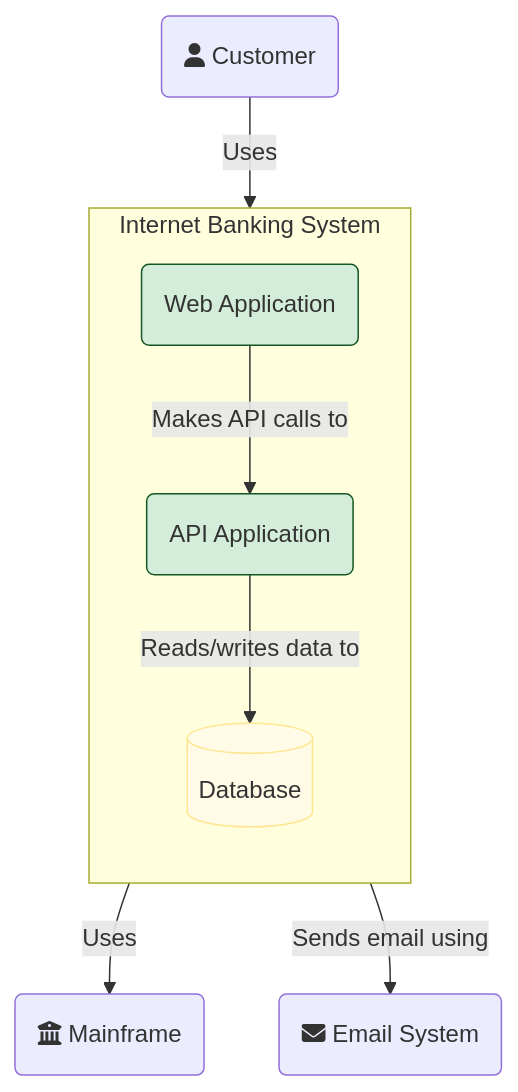
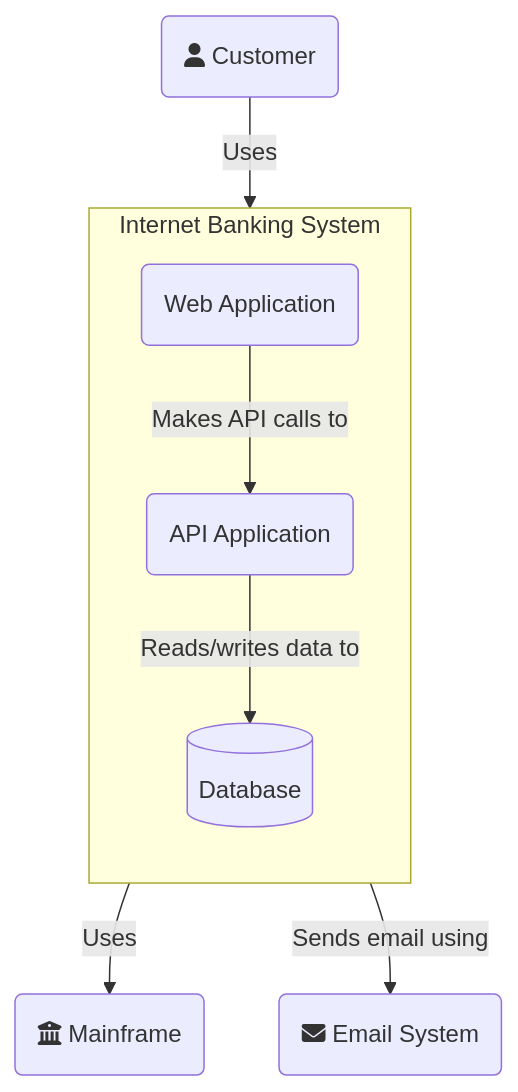
The third of 8 diagrams in docs/software-modeling/c4-model.md (sujith-eag/sujith-library), drawn with Mermaid before and after one commit. The commit also changed other lines of this file and 41 other files, not shown here.

First line of the commit message:
Refactor diagrams and remove redundant styles in documentation

````diff
--- a/docs/software-modeling/c4-model.md
+++ b/docs/software-modeling/c4-model.md
@@ -95,21 +82,17 @@
 ```mermaid
 graph TD
     subgraph "Internet Banking System"
         direction TB
         
         webapp(Web Application)
         api(API Application)
         db[(Database)]
 
         webapp -- "Makes API calls to" --> api
         api -- "Reads/writes data to" --> db
     end
 
     user(fa:fa-user Customer) -- "Uses" --> webapp
     api -- "Uses" --> mainframe(fa:fa-university Mainframe)
     api -- "Sends email using" --> email_system(fa:fa-envelope Email System)
-
-    style webapp fill:#d4edda,stroke:#155724
-    style api fill:#d4edda,stroke:#155724
-    style db fill:#fffbe6,stroke:#ffe58f
 ```
````
